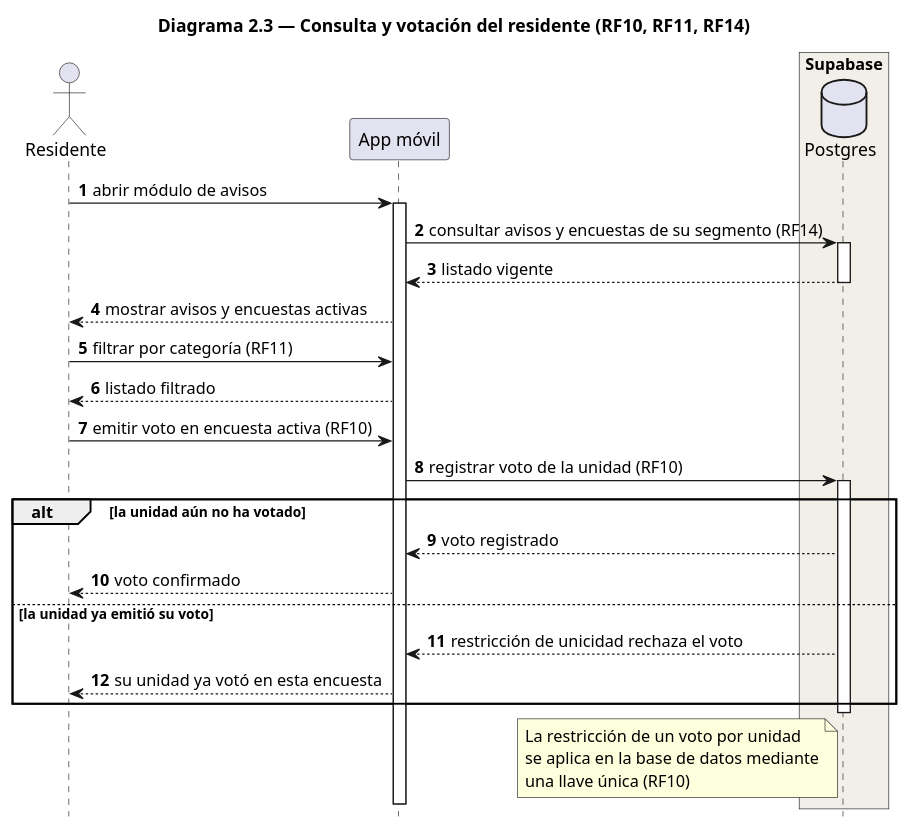
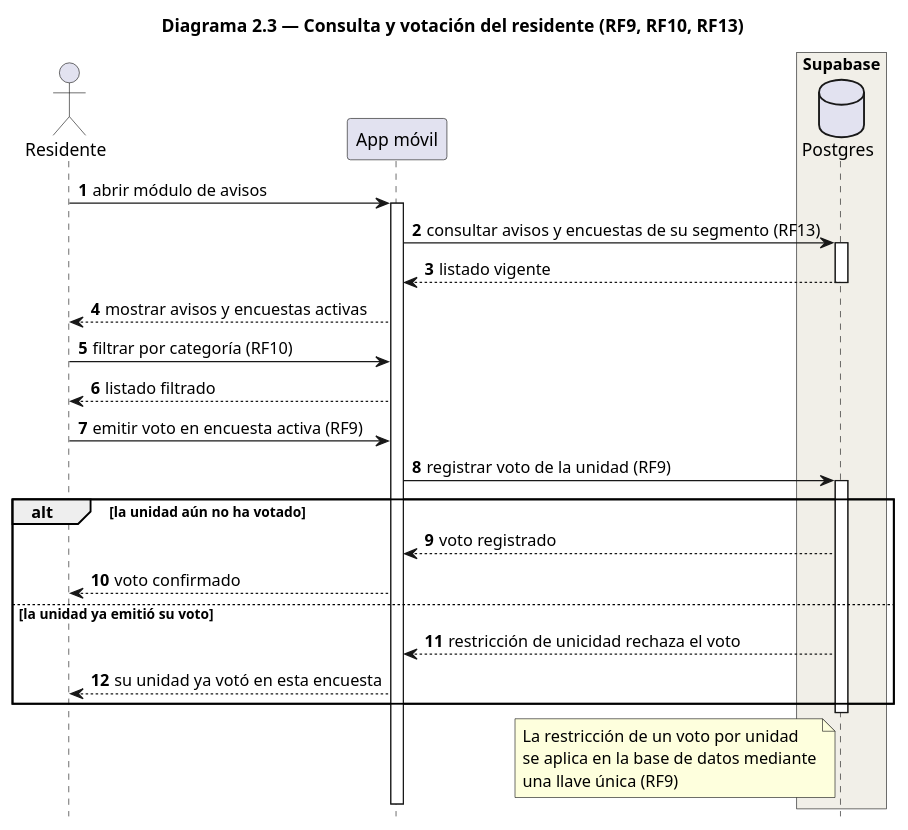
One commit to liusamfung/neighborgood-project changed the diagram in docs/Arquitectura/secuencia/diagrama2_3_consultaVotacion.puml. Above: the diagram before and after it, drawn with PlantUML. The commit also changed 10 other files, not shown here.

First line of the commit message:
Renumera los RF de 1 a 31 en los diagramas de secuencia

```diff
--- a/docs/Arquitectura/secuencia/diagrama2_3_consultaVotacion.puml
+++ b/docs/Arquitectura/secuencia/diagrama2_3_consultaVotacion.puml
@@ -1,44 +1,44 @@
 @startuml Diagrama2_3_ConsultaVotacion
-title Diagrama 2.3 — Consulta y votación del residente (RF10, RF11, RF14)
+title Diagrama 2.3 — Consulta y votación del residente (RF9, RF10, RF13)
 
 hide footbox
 autonumber
 
 actor "Residente" as RES
 participant "App móvil" as APP
 
 box "Supabase" #F1EFE8
     database "Postgres" as DB
 end box
 
 RES -> APP : abrir módulo de avisos
 activate APP
-APP -> DB : consultar avisos y encuestas de su segmento (RF14)
+APP -> DB : consultar avisos y encuestas de su segmento (RF13)
 activate DB
 DB --> APP : listado vigente
 deactivate DB
 APP --> RES : mostrar avisos y encuestas activas
 
-RES -> APP : filtrar por categoría (RF11)
+RES -> APP : filtrar por categoría (RF10)
 APP --> RES : listado filtrado
 
-RES -> APP : emitir voto en encuesta activa (RF10)
-APP -> DB : registrar voto de la unidad (RF10)
+RES -> APP : emitir voto en encuesta activa (RF9)
+APP -> DB : registrar voto de la unidad (RF9)
 activate DB
 
 alt la unidad aún no ha votado
     DB --> APP : voto registrado
     APP --> RES : voto confirmado
 else la unidad ya emitió su voto
     DB --> APP : restricción de unicidad rechaza el voto
     APP --> RES : su unidad ya votó en esta encuesta
 end
 deactivate DB
 
 note left of DB
   La restricción de un voto por unidad
   se aplica en la base de datos mediante
-  una llave única (RF10)
+  una llave única (RF9)
 end note
 deactivate APP
 @enduml
```
